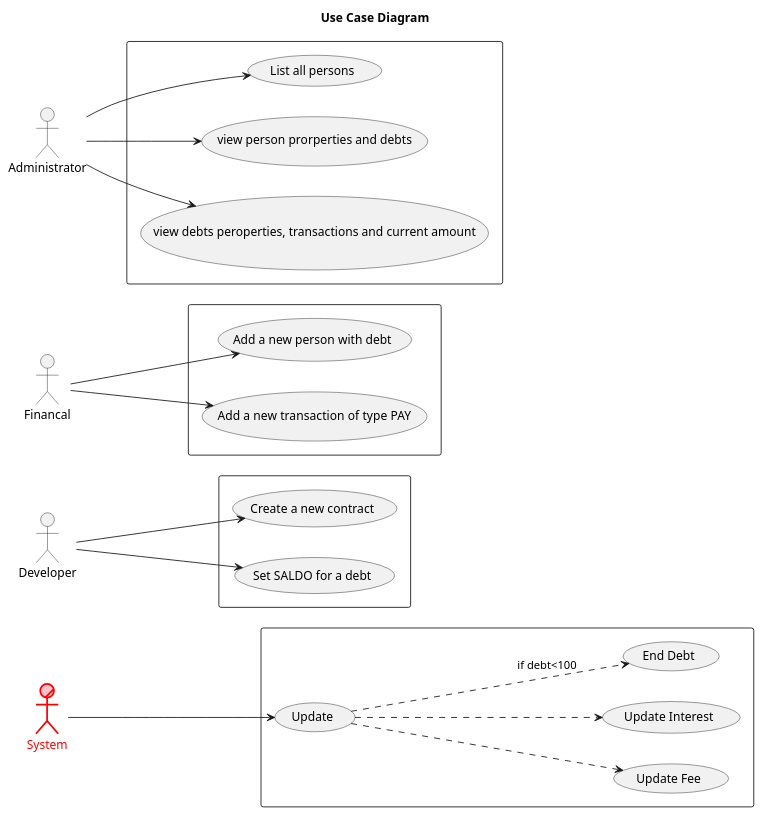
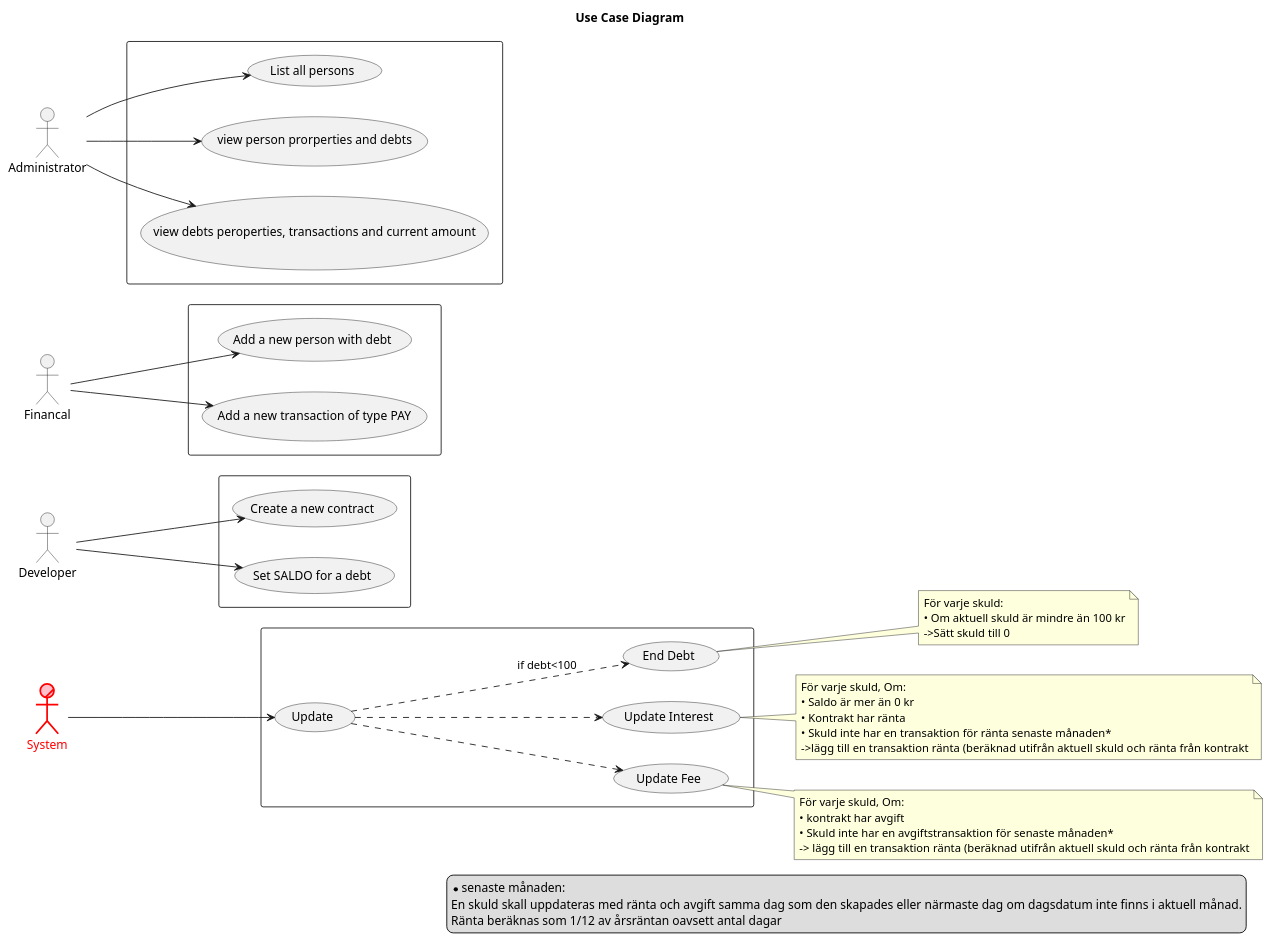
The diagram in Documentation/UseCase.puml (Riniga/Azure-Website), drawn with PlantUML before and after one commit. The commit also changed 15 other files, not shown here.

```diff
--- a/Documentation/UseCase.puml
+++ b/Documentation/UseCase.puml
@@ -1,51 +1,78 @@
-@startuml
+@startuml Use Case
 
 title Use Case Diagram
 left to right direction
 
 actor/ :System: as S #pink;line:red;line.bold;text:red
 actor :Developer: as D
 actor :Financal: as F
 actor :Administrator: as A
 
 rectangle {
 (List all persons) as A1
 (view person prorperties and debts) as A2
 (view debts peroperties, transactions and current amount) as A3
 }
 A-->A1
 A-->A2
 A-->A3
 
 rectangle {
 (Add a new person with debt) as F1
 (Add a new transaction of type PAY) as F2
 }
 
 rectangle {
 (Create a new contract) as D1
 (Set SALDO for a debt) as D2
 }
 
 
 rectangle {
 (Update) as S1
+(End Debt) as S1.3
+(Update Interest) as S1.2
 (Update Fee) as S1.1
-(Update Interest) as S1.2
-(End Debt) as S1.3
 }
+
+note right of S1.3
+För varje skuld:
+• Om aktuell skuld är mindre än 100 kr
+->Sätt skuld till 0
+end note
+note right of S1.2
+För varje skuld, Om:
+• Saldo är mer än 0 kr
+• Kontrakt har ränta
+• Skuld inte har en transaktion för ränta senaste månaden* 
+->lägg till en transaktion ränta (beräknad utifrån aktuell skuld och ränta från kontrakt
+end note
+note right of S1.1
+För varje skuld, Om:
+• kontrakt har avgift
+• Skuld inte har en avgiftstransaktion för senaste månaden* 
+-> lägg till en transaktion ränta (beräknad utifrån aktuell skuld och ränta från kontrakt
+end note
 
 
 S1 ..> S1.3: if debt<100
 S1 ..> S1.2
 S1 ..> S1.1
 
 F-->F1
 F-->F2
 
 D-->D1
 D-->D2
 
 S-->S1
 
+legend right
+*senaste månaden: 
+En skuld skall uppdateras med ränta och avgift samma dag som den skapades eller närmaste dag om dagsdatum inte finns i aktuell månad.
+Ränta beräknas som 1/12 av årsräntan oavsett antal dagar
+end legend
+
+
+
 @enduml
```
